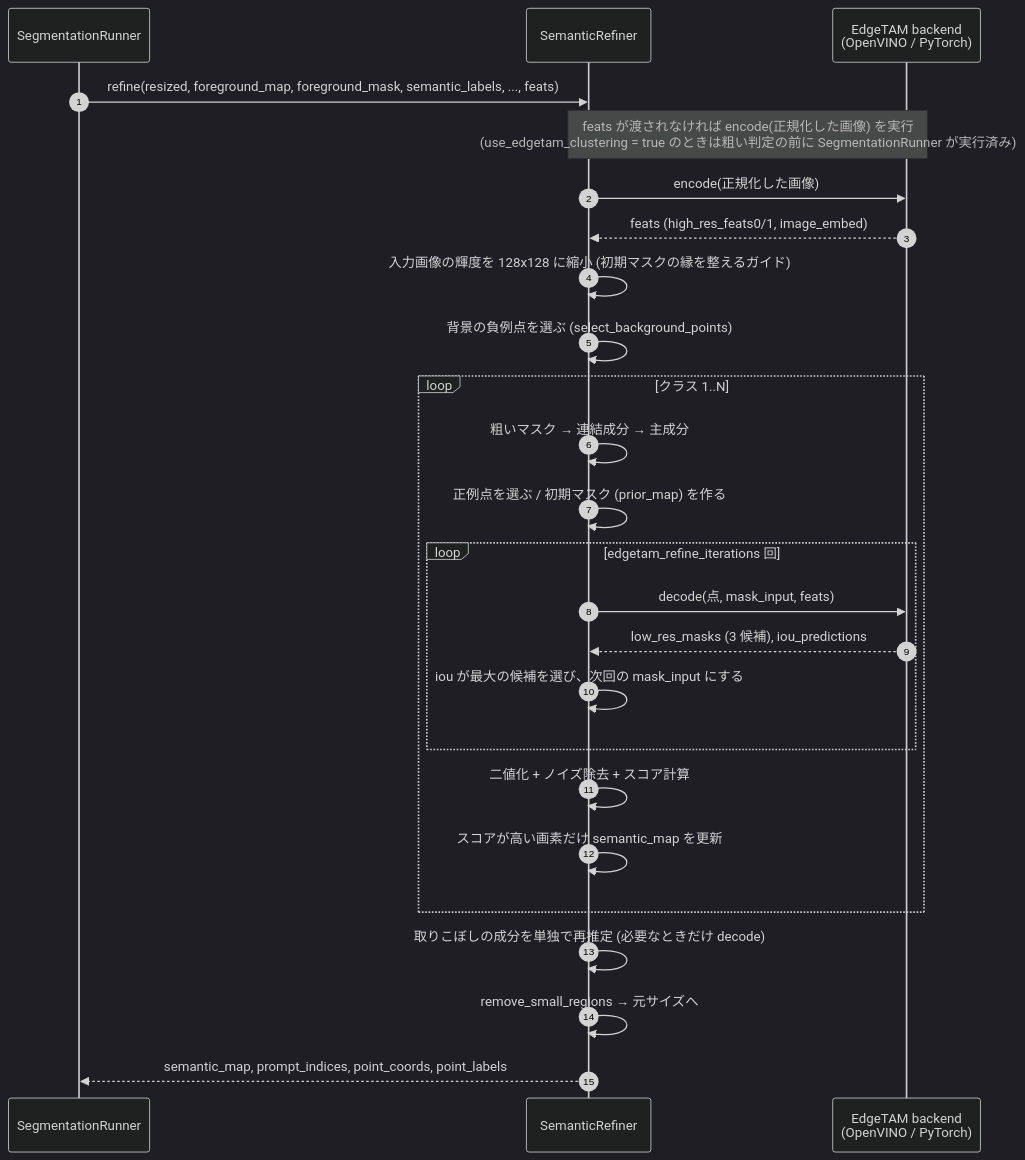
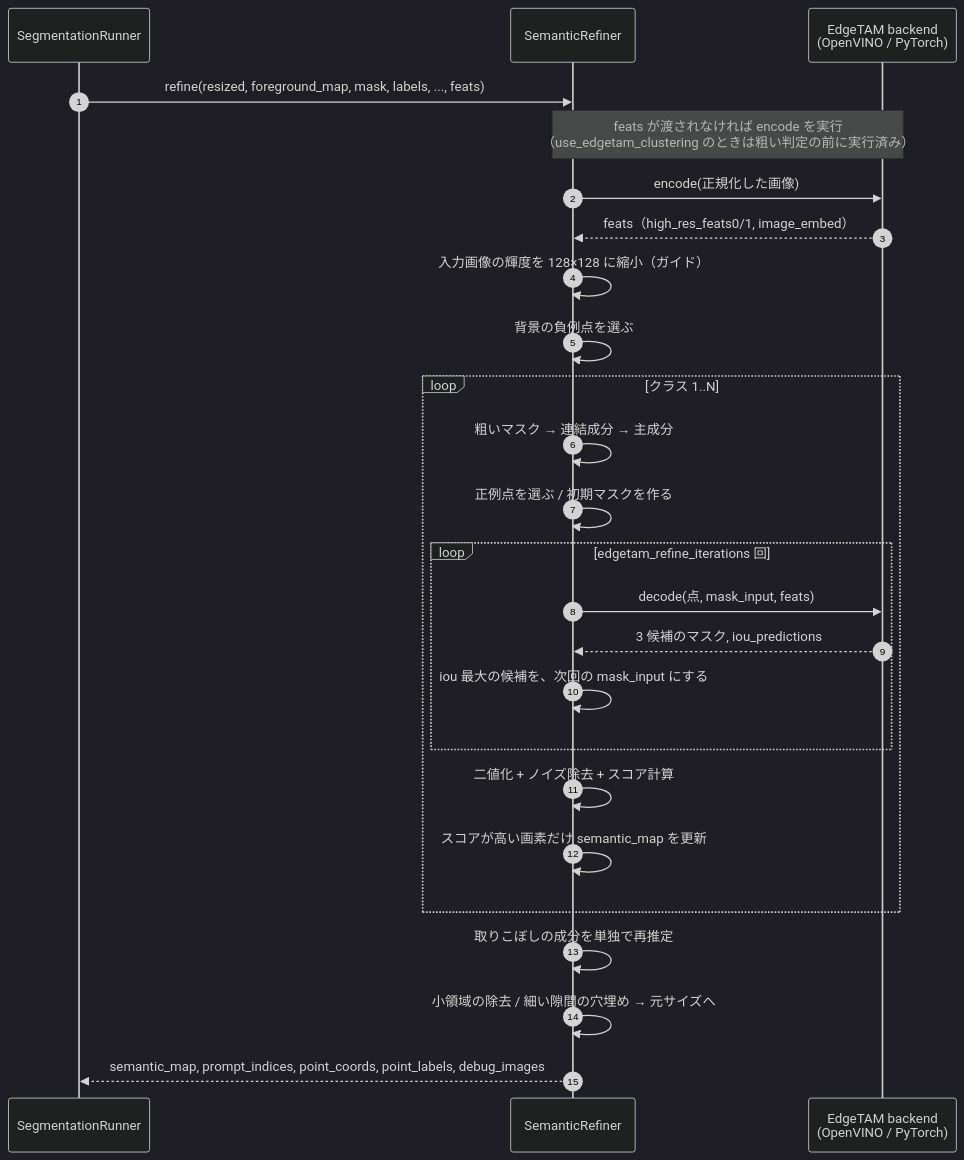
One commit to fklg-64/pe_anything_detect changed the fourth of 15 diagrams in docs/semantic_refiner.md. Above: the diagram before and after it, drawn with Mermaid (dark theme). The commit also changed other lines of this file and 2 other files, not shown here.

````diff
--- a/docs/semantic_refiner.md
+++ b/docs/semantic_refiner.md
@@ -84,30 +139,30 @@
 ```mermaid
 sequenceDiagram
     autonumber
     participant R as SegmentationRunner
     participant S as SemanticRefiner
     participant E as EdgeTAM backend<br/>(OpenVINO / PyTorch)
 
-    R->>S: refine(resized, foreground_map, foreground_mask, semantic_labels, ..., feats)
-    Note over S,E: feats が渡されなければ encode(正規化した画像) を実行<br/>(use_edgetam_clustering = true のときは粗い判定の前に SegmentationRunner が実行済み)
+    R->>S: refine(resized, foreground_map, mask, labels, ..., feats)
+    Note over S,E: feats が渡されなければ encode を実行<br/>（use_edgetam_clustering のときは粗い判定の前に実行済み）
     S->>E: encode(正規化した画像)
-    E-->>S: feats (high_res_feats0/1, image_embed)
-    S->>S: 入力画像の輝度を 128x128 に縮小 (初期マスクの縁を整えるガイド)
-    S->>S: 背景の負例点を選ぶ (select_background_points)
+    E-->>S: feats（high_res_feats0/1, image_embed）
+    S->>S: 入力画像の輝度を 128×128 に縮小（ガイド）
+    S->>S: 背景の負例点を選ぶ
 
     loop クラス 1..N
         S->>S: 粗いマスク → 連結成分 → 主成分
-        S->>S: 正例点を選ぶ / 初期マスク (prior_map) を作る
+        S->>S: 正例点を選ぶ / 初期マスクを作る
         loop edgetam_refine_iterations 回
             S->>E: decode(点, mask_input, feats)
-            E-->>S: low_res_masks (3 候補), iou_predictions
-            S->>S: iou が最大の候補を選び、次回の mask_input にする
+            E-->>S: 3 候補のマスク, iou_predictions
+            S->>S: iou 最大の候補を、次回の mask_input にする
         end
         S->>S: 二値化 + ノイズ除去 + スコア計算
         S->>S: スコアが高い画素だけ semantic_map を更新
     end
 
-    S->>S: 取りこぼしの成分を単独で再推定 (必要なときだけ decode)
-    S->>S: remove_small_regions → 元サイズへ
-    S-->>R: semantic_map, prompt_indices, point_coords, point_labels
+    S->>S: 取りこぼしの成分を単独で再推定
+    S->>S: 小領域の除去 / 細い隙間の穴埋め → 元サイズへ
+    S-->>R: semantic_map, prompt_indices, point_coords, point_labels, debug_images
 ```
````
